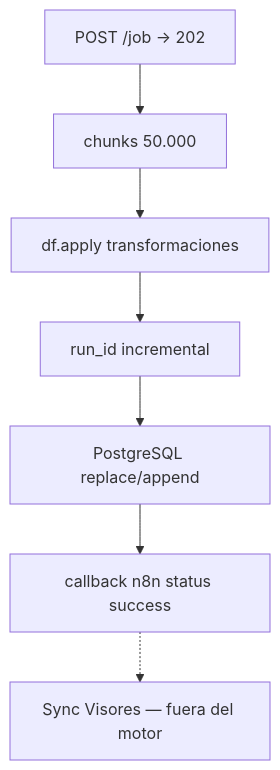
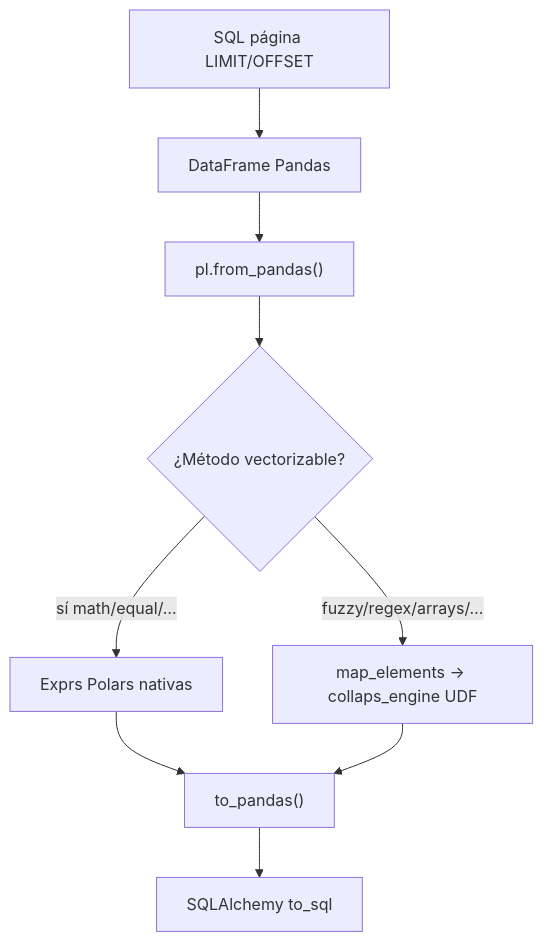
The diagram in orquestador/fastapi-analysisengine.md (jgutierrez-kubic/collaps-docs), drawn with Mermaid before and after one commit. The commit also changed other lines of this file and 9 other files, not shown here.

First line of the commit message:
docs: document Release Stable hybrid Polars engine and Cloud Run hardening

````diff
--- a/orquestador/fastapi-analysisengine.md
+++ b/orquestador/fastapi-analysisengine.md
@@ -40,9 +39,11 @@
 ```mermaid
 flowchart TD
-  A[POST /job → 202] --> B[chunks 50.000]
-  B --> C[df.apply transformaciones]
-  C --> D[run_id incremental]
-  D --> E[PostgreSQL replace/append]
-  E --> F[callback n8n status success]
-  F -.-> G[Sync Visores — fuera del motor]
+  A[SQL página LIMIT/OFFSET] --> B[DataFrame Pandas]
+  B --> C["pl.from_pandas()"]
+  C --> D{¿Método vectorizable?}
+  D -->|sí math/equal/…| E[Exprs Polars nativas]
+  D -->|fuzzy/regex/arrays/…| F["map_elements → collaps_engine UDF"]
+  E --> G["to_pandas()"]
+  F --> G
+  G --> H[SQLAlchemy to_sql]
 ```
````
